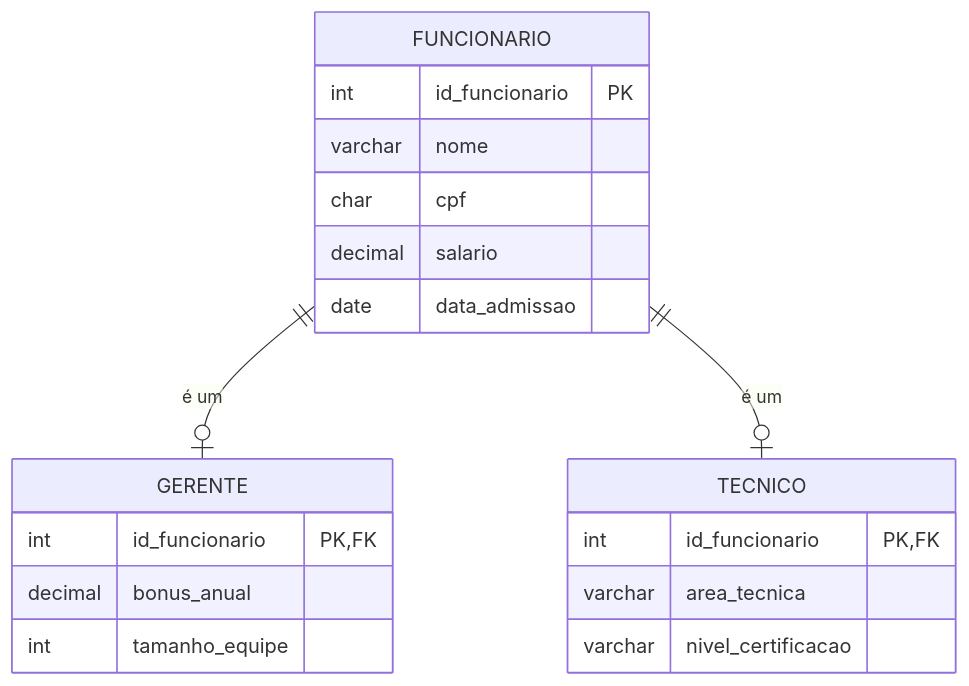
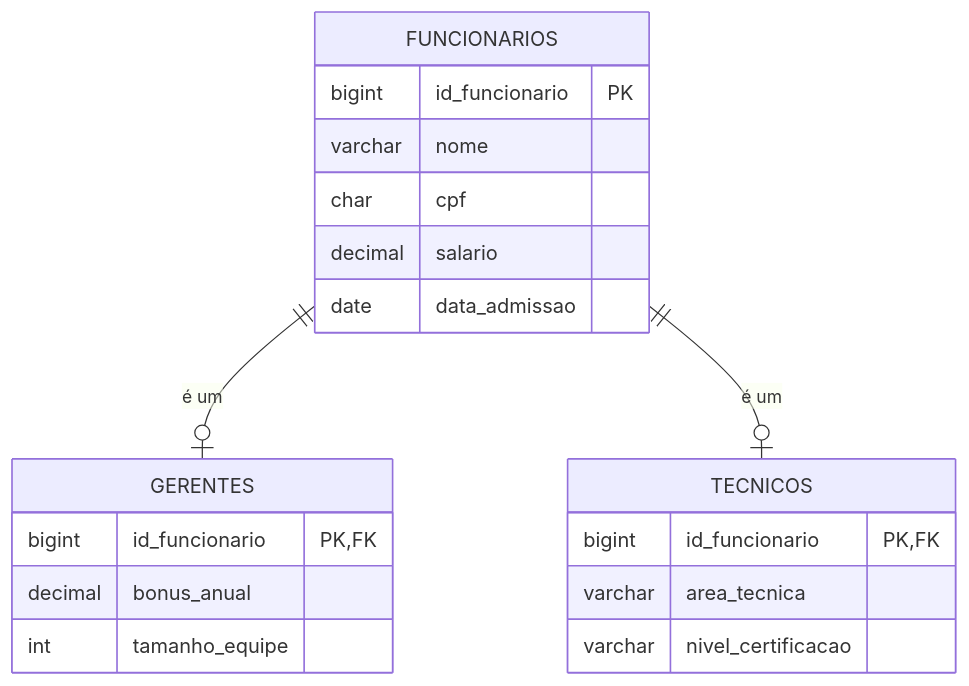
Before and after one commit to DSM-Fatec-Jahu/Banco-de-Dados-Relacional-IBD015: the fifth of 8 diagrams in aulas/Aula_01_Revisao_Modelagem_Conceitual.md, drawn with Mermaid. The commit also changed other lines of this file, not shown here.

````diff
--- a/aulas/Aula_01_Revisao_Modelagem_Conceitual.md
+++ b/aulas/Aula_01_Revisao_Modelagem_Conceitual.md
@@ -386,25 +386,25 @@
 ```mermaid
 erDiagram
-    FUNCIONARIO {
-        int id_funcionario PK
+    FUNCIONARIOS {
+        bigint id_funcionario PK
         varchar nome
         char cpf
         decimal salario
         date data_admissao
     }
 
-    GERENTE {
-        int id_funcionario PK, FK
+    GERENTES {
+        bigint id_funcionario PK, FK
         decimal bonus_anual
         int tamanho_equipe
     }
 
-    TECNICO {
-        int id_funcionario PK, FK
+    TECNICOS {
+        bigint id_funcionario PK, FK
         varchar area_tecnica
         varchar nivel_certificacao
     }
 
-    FUNCIONARIO ||--o| GERENTE  : "é um"
-    FUNCIONARIO ||--o| TECNICO  : "é um"
+    FUNCIONARIOS ||--o| GERENTES  : "é um"
+    FUNCIONARIOS ||--o| TECNICOS  : "é um"
 ```
````
